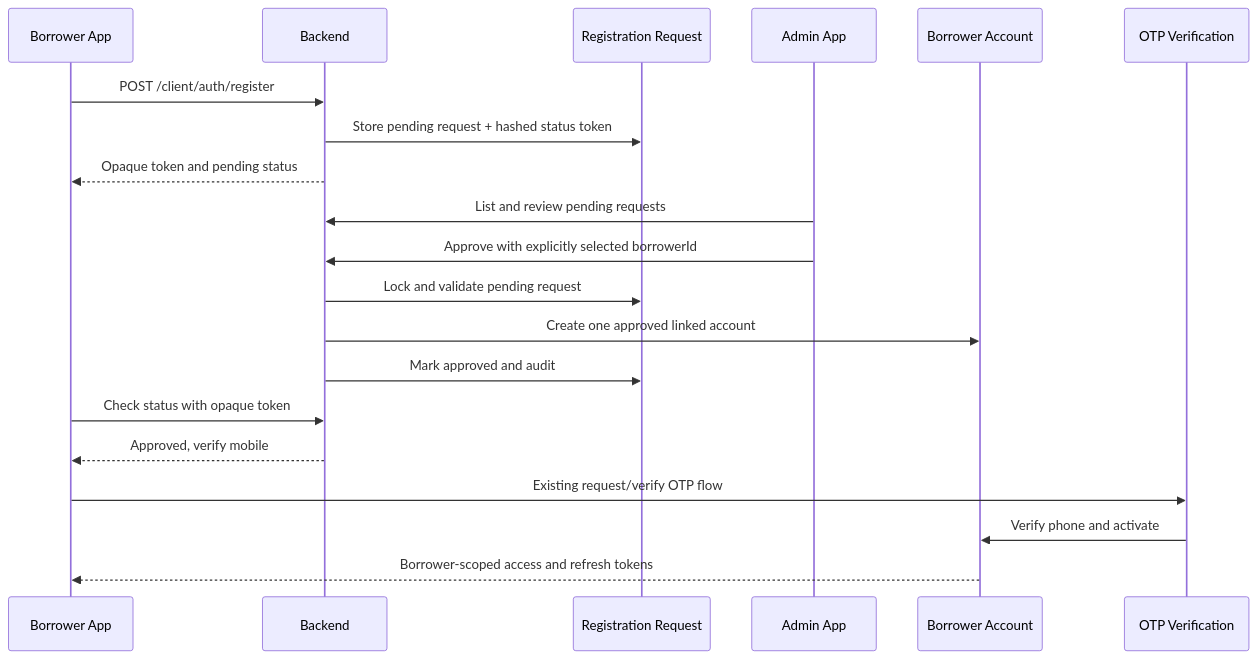
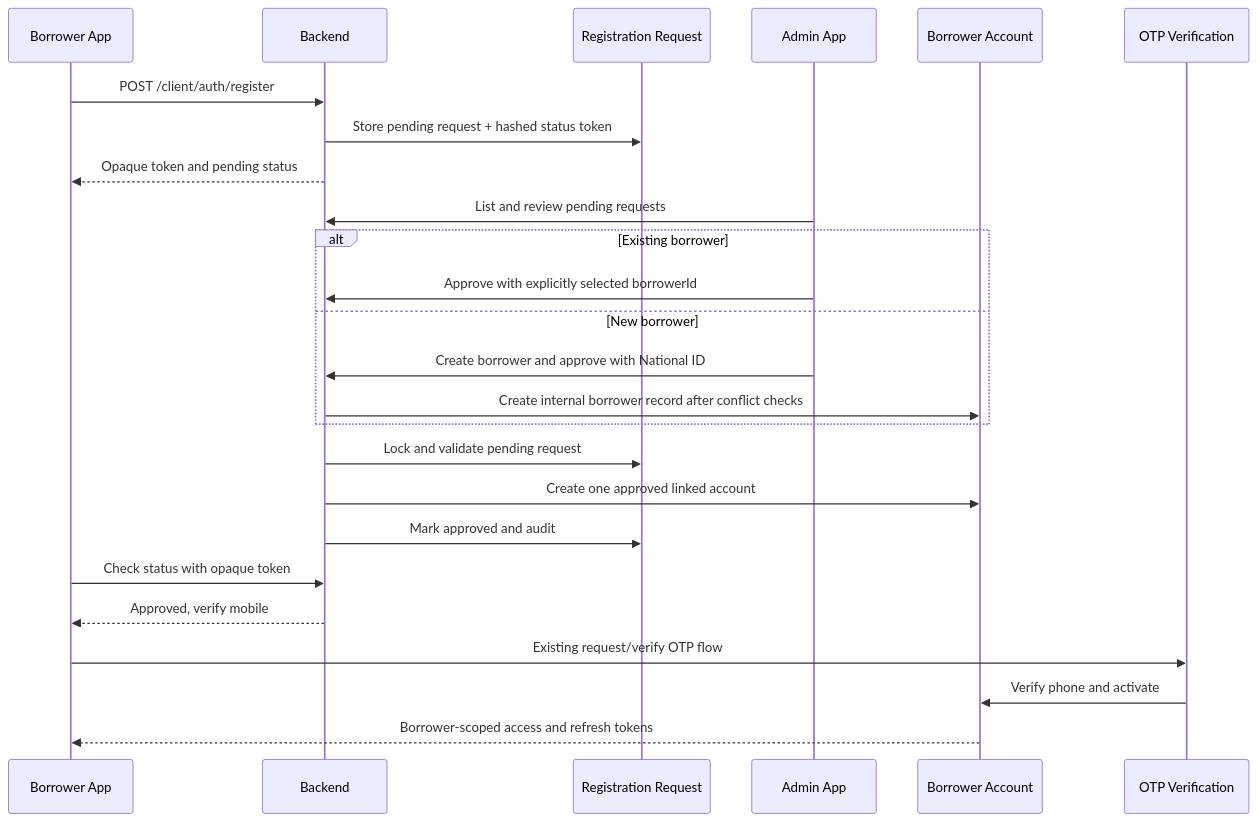
Before and after one commit to nelson1869-ai/business-loan: the diagram in docs/borrower-self-registration.md, drawn with Mermaid. The commit also changed other lines of this file and 25 other files, not shown here.

````diff
--- a/docs/borrower-self-registration.md
+++ b/docs/borrower-self-registration.md
@@ -5,22 +5,27 @@
 ```mermaid
 sequenceDiagram
     participant BA as Borrower App
     participant API as Backend
     participant RR as Registration Request
     participant AA as Admin App
     participant AC as Borrower Account
     participant OTP as OTP Verification
     BA->>API: POST /client/auth/register
     API->>RR: Store pending request + hashed status token
     API-->>BA: Opaque token and pending status
     AA->>API: List and review pending requests
-    AA->>API: Approve with explicitly selected borrowerId
+    alt Existing borrower
+        AA->>API: Approve with explicitly selected borrowerId
+    else New borrower
+        AA->>API: Create borrower and approve with National ID
+        API->>AC: Create internal borrower record after conflict checks
+    end
     API->>RR: Lock and validate pending request
     API->>AC: Create one approved linked account
     API->>RR: Mark approved and audit
     BA->>API: Check status with opaque token
     API-->>BA: Approved, verify mobile
     BA->>OTP: Existing request/verify OTP flow
     OTP->>AC: Verify phone and activate
     AC-->>BA: Borrower-scoped access and refresh tokens
 ```
````
